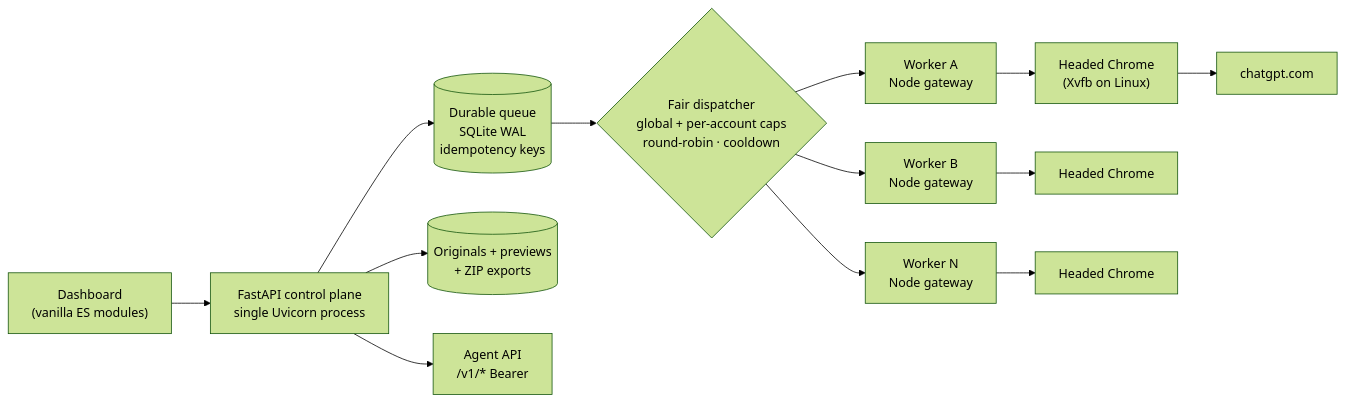
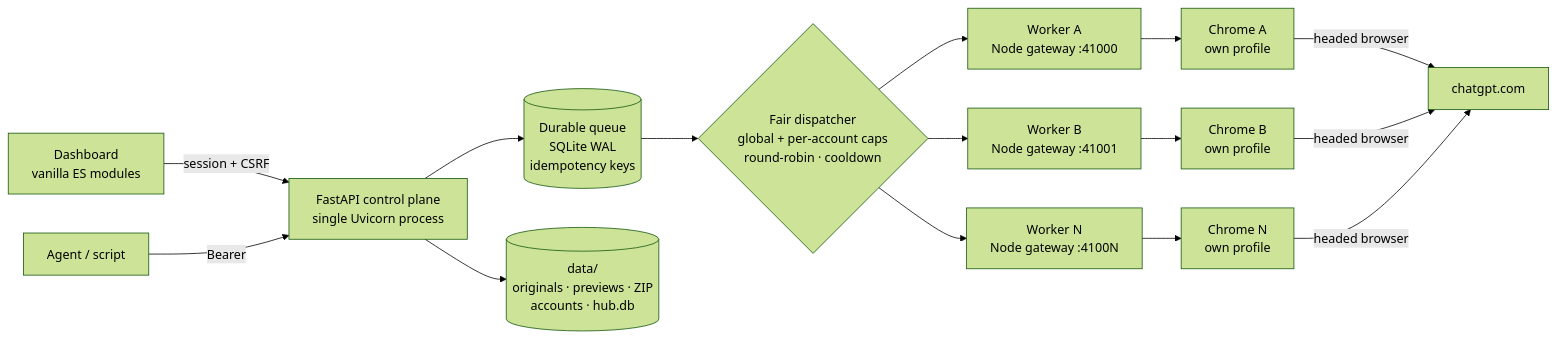
The first of 2 diagrams in README.md (BobbyJoonz/ninja-image-hub), drawn with Mermaid (forest theme) before and after one commit. The commit also changed other lines of this file and 9 other files, not shown here.

````diff
--- a/README.md
+++ b/README.md
@@ -25,15 +95,15 @@
 ```mermaid
 flowchart LR
-    UI["Dashboard<br/>(vanilla ES modules)"] --> API["FastAPI control plane<br/>single Uvicorn process"]
+    UI["Dashboard<br/>vanilla ES modules"] -->|session + CSRF| API["FastAPI control plane<br/>single Uvicorn process"]
+    AGENT["Agent / script"] -->|Bearer| API
     API --> Q[("Durable queue<br/>SQLite WAL<br/>idempotency keys")]
     Q --> D{"Fair dispatcher<br/>global + per-account caps<br/>round-robin · cooldown"}
-    D --> W1["Worker A<br/>Node gateway"]
-    D --> W2["Worker B<br/>Node gateway"]
-    D --> WN["Worker N<br/>Node gateway"]
-    W1 --> C1["Headed Chrome<br/>(Xvfb on Linux)"]
-    W2 --> C2["Headed Chrome"]
-    WN --> CN["Headed Chrome"]
-    C1 --> P["chatgpt.com"]
-    API --> S[("Originals + previews<br/>+ ZIP exports")]
-    API --> A["Agent API<br/>/v1/* Bearer"]
+    D --> W1["Worker A<br/>Node gateway :41000"]
+    D --> W2["Worker B<br/>Node gateway :41001"]
+    D --> WN["Worker N<br/>Node gateway :4100N"]
+    W1 --> C1["Chrome A<br/>own profile"]
+    W2 --> C2["Chrome B<br/>own profile"]
+    WN --> CN["Chrome N<br/>own profile"]
+    C1 & C2 & CN -->|headed browser| GPT["chatgpt.com"]
+    API --> S[("data/<br/>originals · previews · ZIP<br/>accounts · hub.db")]
 ```
````
